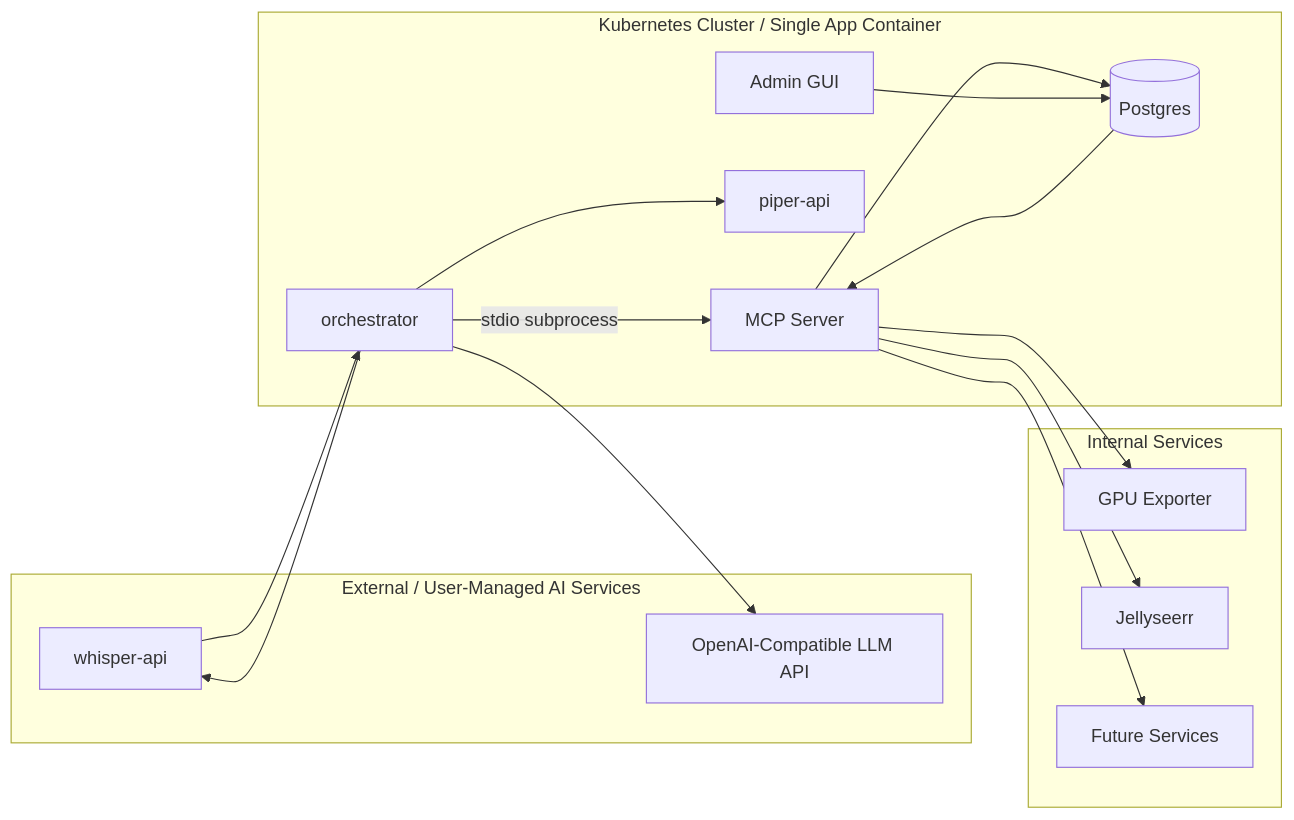
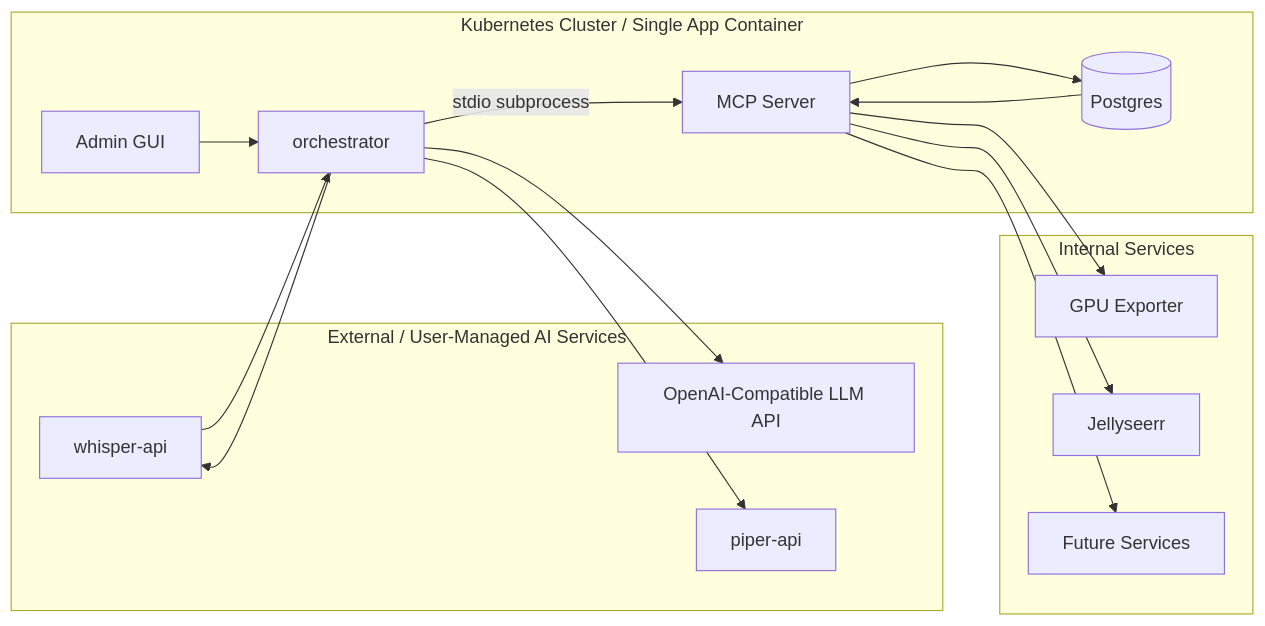
One commit to psyeo2/Clankassist changed the second of 5 diagrams in docs/ARCHITECTURE.md. Above: the diagram before and after it, drawn with Mermaid. The commit also changed other lines of this file and 47 other files, not shown here.

````diff
--- a/docs/ARCHITECTURE.md
+++ b/docs/ARCHITECTURE.md
@@ -55,34 +55,34 @@
 ```mermaid
 flowchart LR
 
 subgraph ExternalAI["External / User-Managed AI Services"]
   whisper[whisper-api]
   llm[OpenAI-Compatible LLM API]
+  piper[piper-api]
 end
 
 subgraph AppHost["Kubernetes Cluster / Single App Container"]
   orchestrator[orchestrator]
   mcp[MCP Server]
-  piper[piper-api]
   postgres[(Postgres)]
   admin[Admin GUI]
 end
 
 subgraph Services["Internal Services"]
   gpu[GPU Exporter]
   jelly[Jellyseerr]
   future[Future Services]
 end
 
 orchestrator --> whisper
 whisper --> orchestrator
 orchestrator --> llm
 orchestrator -->|stdio subprocess| mcp
 mcp --> postgres
 postgres --> mcp
 orchestrator --> piper
 mcp --> gpu
 mcp --> jelly
 mcp --> future
-admin --> postgres
+admin --> orchestrator
 ```
````
